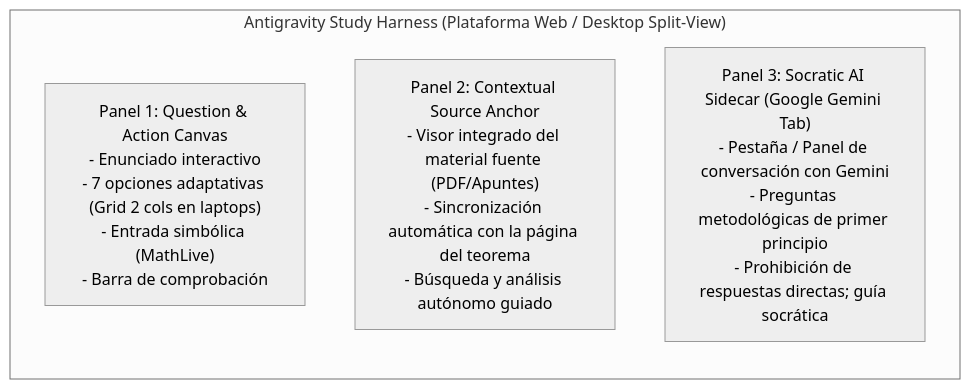
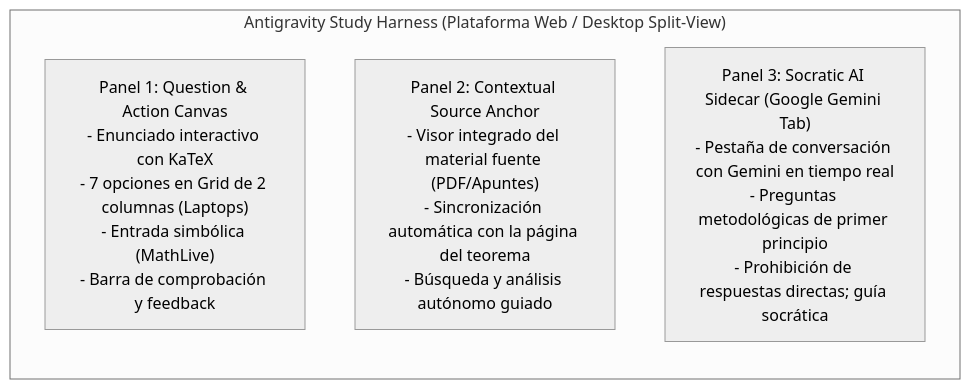
Before and after one commit to aguerta/Tops_academy: the third of 4 diagrams in docs/future_milestones/FUTURE_MILESTONES.md, drawn with Mermaid (neutral theme). The commit also changed other lines of this file and 1 other file, not shown here.

Commit message:
docs(milestones): integrate external forensic analyses, codebase anatomy and evolutionary roadmap

````diff
--- a/docs/future_milestones/FUTURE_MILESTONES.md
+++ b/docs/future_milestones/FUTURE_MILESTONES.md
@@ -71,8 +217,8 @@
 ```mermaid
 flowchart LR
     subgraph HarnessUI ["Antigravity Study Harness (Plataforma Web / Desktop Split-View)"]
-        PanelA["Panel 1: Question & Action Canvas\n- Enunciado interactivo\n- 7 opciones adaptativas (Grid 2 cols en laptops)\n- Entrada simbólica (MathLive)\n- Barra de comprobación"]
+        PanelA["Panel 1: Question & Action Canvas\n- Enunciado interactivo con KaTeX\n- 7 opciones en Grid de 2 columnas (Laptops)\n- Entrada simbólica (MathLive)\n- Barra de comprobación y feedback"]
         PanelB["Panel 2: Contextual Source Anchor\n- Visor integrado del material fuente (PDF/Apuntes)\n- Sincronización automática con la página del teorema\n- Búsqueda y análisis autónomo guiado"]
-        PanelC["Panel 3: Socratic AI Sidecar (Google Gemini Tab)\n- Pestaña / Panel de conversación con Gemini\n- Preguntas metodológicas de primer principio\n- Prohibición de respuestas directas; guía socrática"]
+        PanelC["Panel 3: Socratic AI Sidecar (Google Gemini Tab)\n- Pestaña de conversación con Gemini en tiempo real\n- Preguntas metodológicas de primer principio\n- Prohibición de respuestas directas; guía socrática"]
     end
 ```
````
